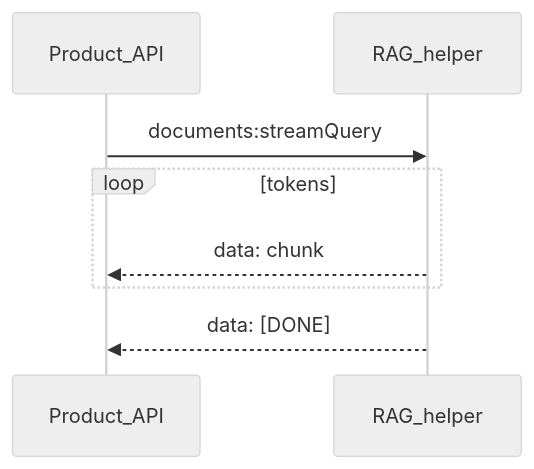
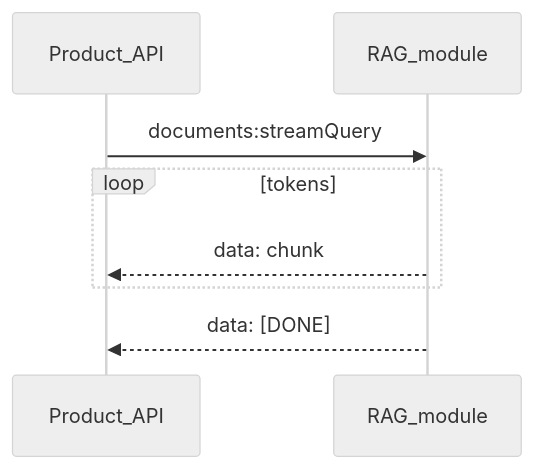
Diagram 12 of 23 in docs/Guideline.md (felixzhu97/explore-ml), drawn with Mermaid (neutral theme) before and after one commit. The commit also changed other lines of this file and 22 other files, not shown here.

````diff
--- a/docs/Guideline.md
+++ b/docs/Guideline.md
@@ -278,10 +264,10 @@
 ```mermaid
 sequenceDiagram
   participant API as Product_API
-  participant RAG as RAG_helper
+  participant RAG as RAG_module
   API->>RAG: documents:streamQuery
   loop tokens
     RAG-->>API: data: chunk
   end
   RAG-->>API: data: [DONE]
 ```
````
